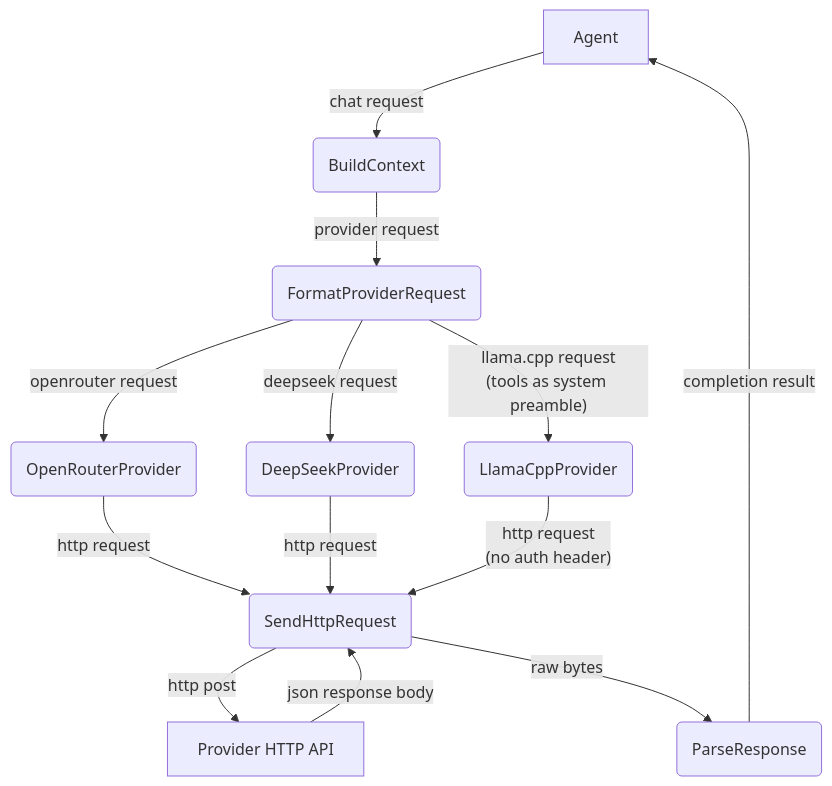
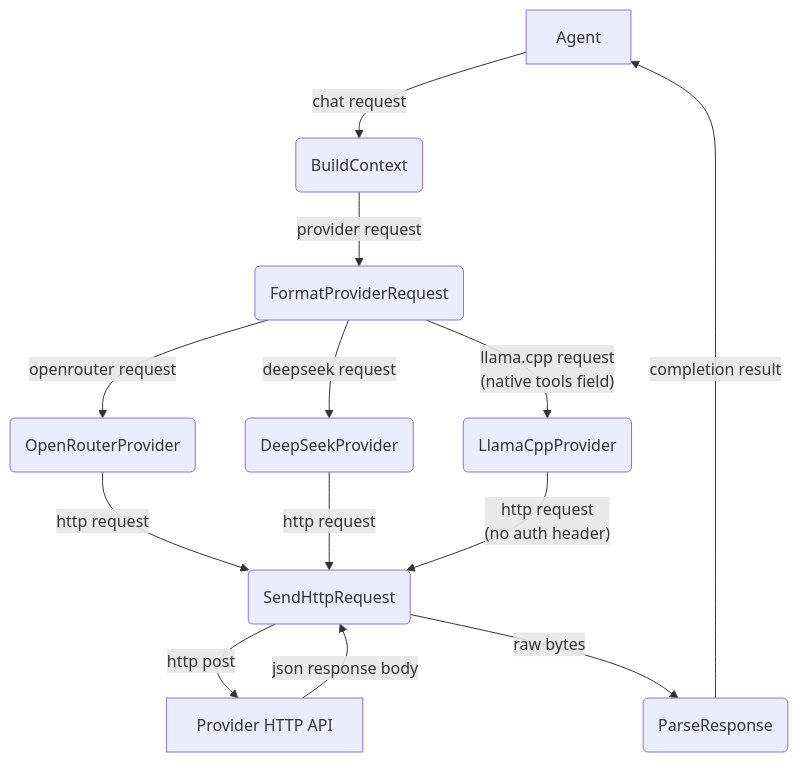
Before and after one commit to cosmoswafer/rockbot: the first of 3 diagrams in _dfd/ai/ai-provider.md, drawn with Mermaid. The commit also changed other lines of this file and 1 other file, not shown here.

First line of the commit message:
fix: use native tool calling for llama.cpp provider

````diff
--- a/_dfd/ai/ai-provider.md
+++ b/_dfd/ai/ai-provider.md
@@ -47,25 +49,25 @@
 ```mermaid
 flowchart TD
     AGENT[Agent]
     BUILD(BuildContext)
     FORMAT(FormatProviderRequest)
     OPENROUTER(OpenRouterProvider)
     DEEPSEEK(DeepSeekProvider)
     LLAMA(LlamaCppProvider)
     HTTP(SendHttpRequest)
     PARSE(ParseResponse)
     PROVIDER_API[Provider HTTP API]
 
     AGENT -->|"chat request"| BUILD
     BUILD -->|"provider request"| FORMAT
     FORMAT -->|"openrouter request"| OPENROUTER
     FORMAT -->|"deepseek request"| DEEPSEEK
-    FORMAT -->|"llama.cpp request<br/>(tools as system preamble)"| LLAMA
+    FORMAT -->|"llama.cpp request<br/>(native tools field)"| LLAMA
     OPENROUTER -->|"http request"| HTTP
     DEEPSEEK -->|"http request"| HTTP
     LLAMA -->|"http request<br/>(no auth header)"| HTTP
     HTTP -->|"http post"| PROVIDER_API
     PROVIDER_API -->|"json response body"| HTTP
     HTTP -->|"raw bytes"| PARSE
     PARSE -->|"completion result"| AGENT
 ```
````
